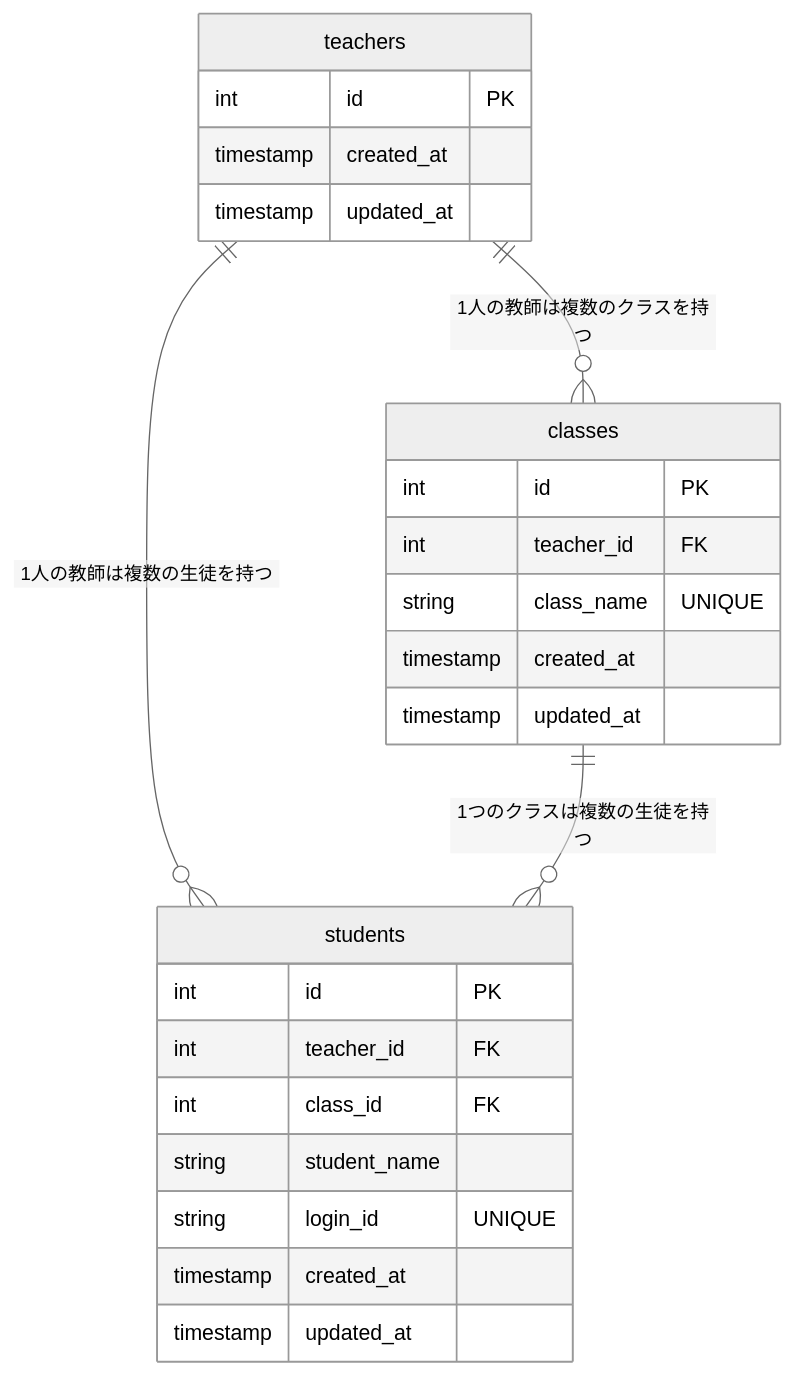
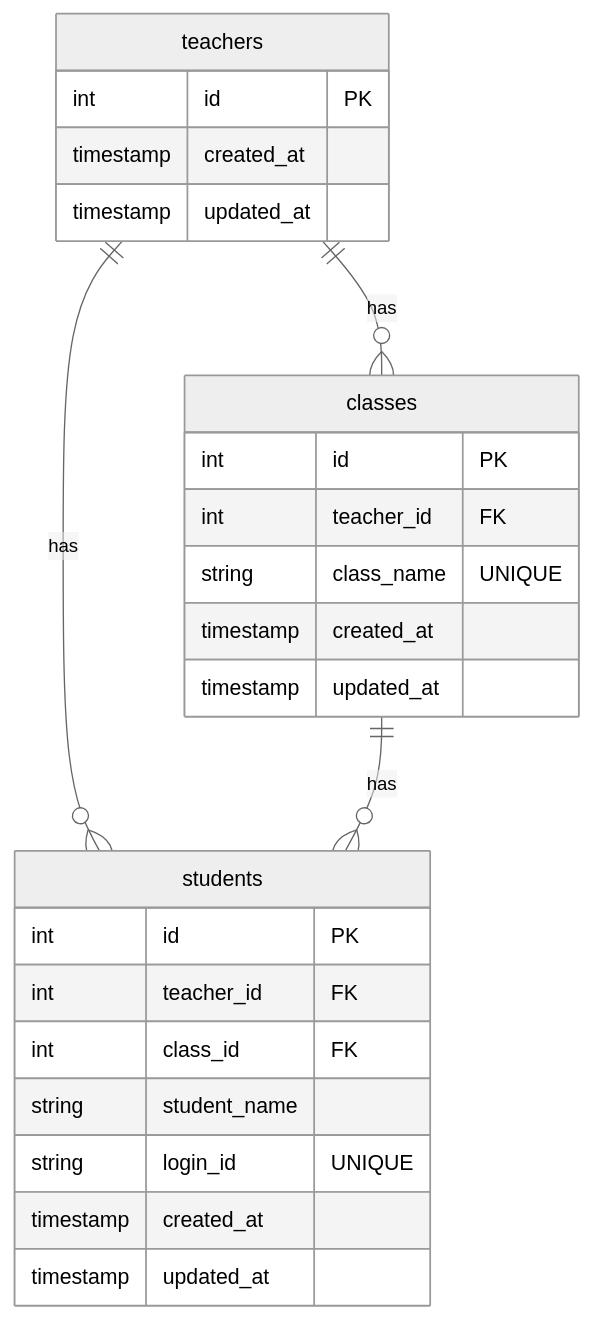
One commit to Aki158/Book-Management-API changed the diagram in design/er.md. Above: the diagram before and after it, drawn with Mermaid (neutral theme).

````diff
--- a/design/er.md
+++ b/design/er.md
@@ -1,30 +1,30 @@
 ```mermaid
 erDiagram
-  teachers ||--o{ students : "1人の教師は複数の生徒を持つ"
-  teachers ||--o{ classes: "1人の教師は複数のクラスを持つ"
-  classes ||--o{ students: "1つのクラスは複数の生徒を持つ"
+  teachers ||--o{ students : "has"
+  teachers ||--o{ classes: "has"
+  classes ||--o{ students: "has"
 
   teachers {
     int id "PK"
     timestamp created_at
     timestamp updated_at
   }
 
   classes {
     int id "PK"
     int teacher_id "FK"
     string class_name "UNIQUE"
     timestamp created_at
     timestamp updated_at
   }
 
   students {
     int id "PK"
     int teacher_id "FK"
     int class_id "FK"
     string student_name
     string login_id "UNIQUE"
     timestamp created_at
     timestamp updated_at
   }
 ```
````
